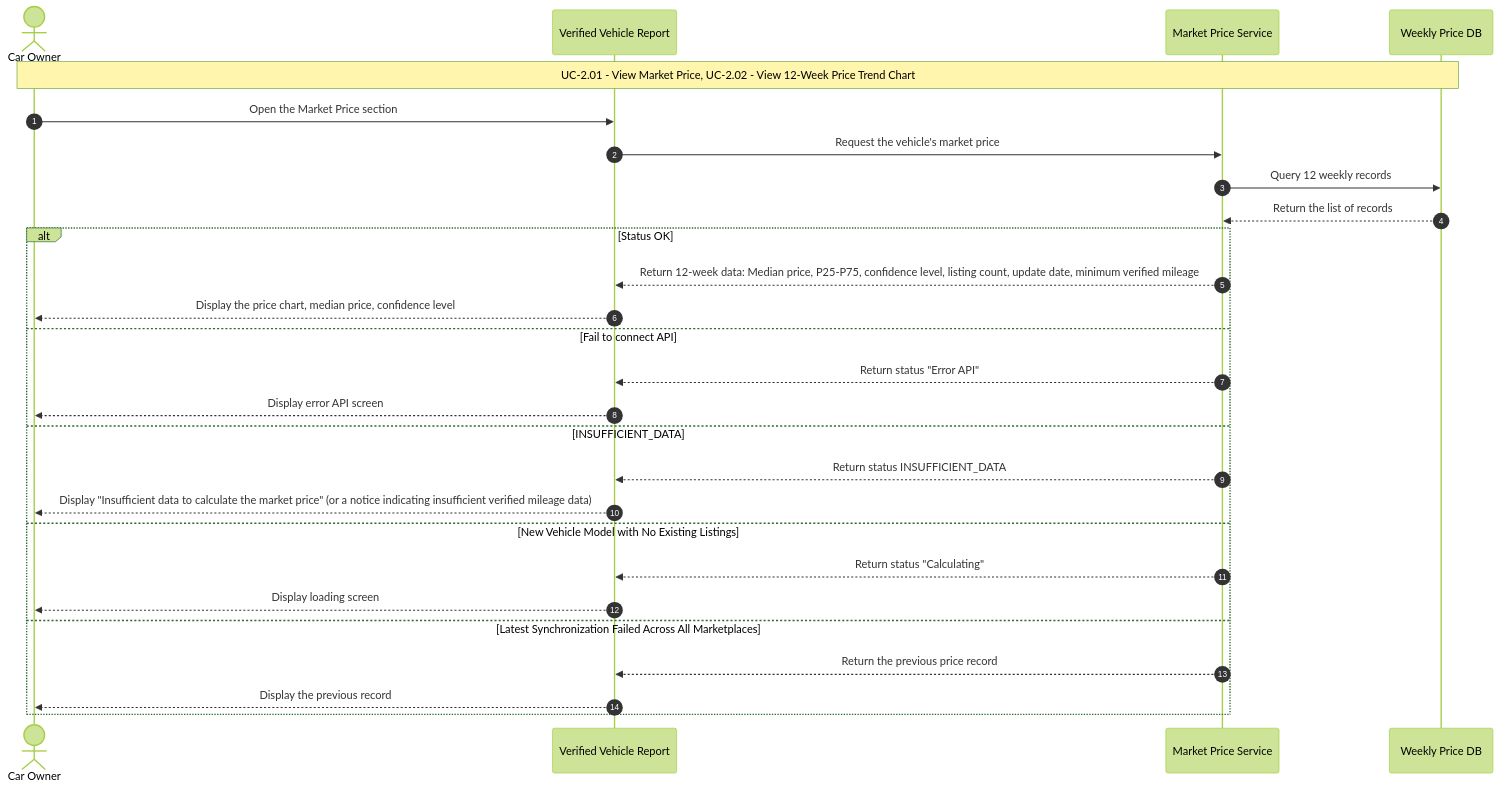
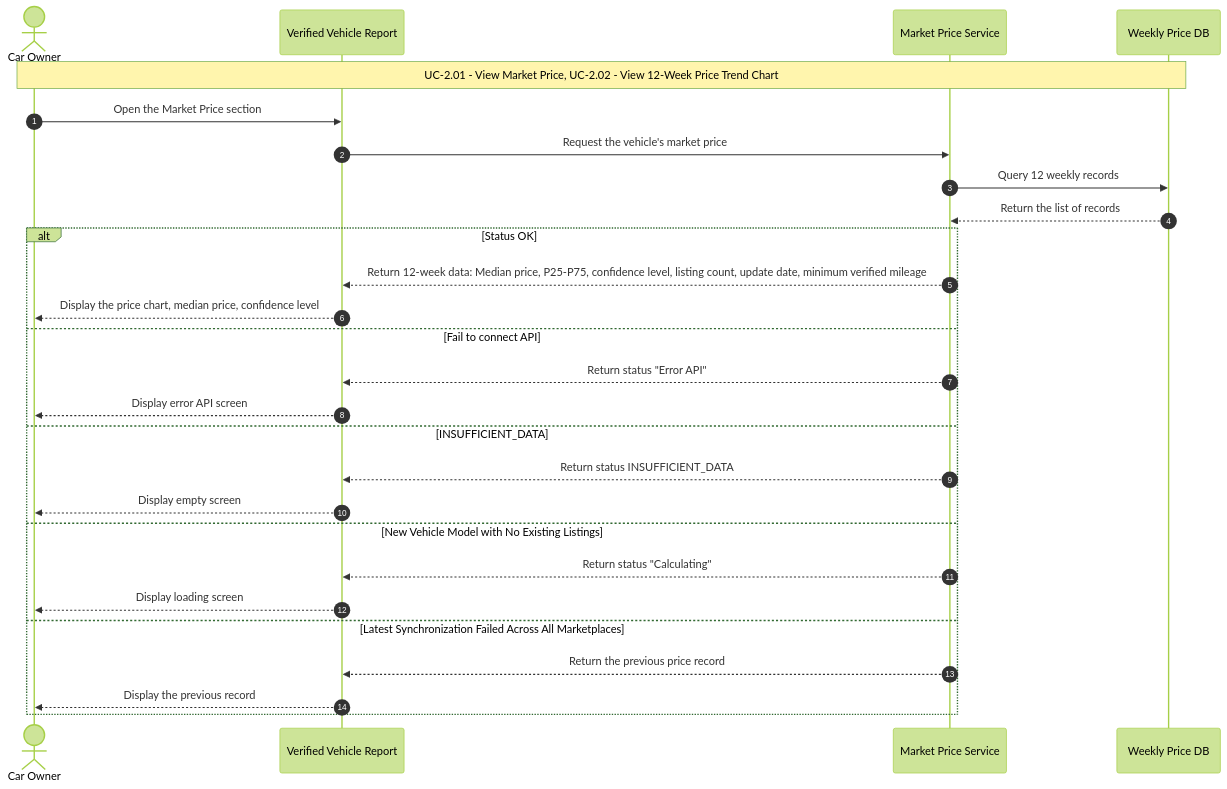
Before and after one commit to giangnhk63db/DBIZ-2_GROUP-A: the diagram in docs/use-case/sequence-diagram/S-05.md, drawn with Mermaid (forest theme).

````diff
--- a/docs/use-case/sequence-diagram/S-05.md
+++ b/docs/use-case/sequence-diagram/S-05.md
@@ -9,32 +9,32 @@
 ```mermaid 
 sequenceDiagram
     autonumber
     actor Owner as Car Owner
     participant App as Verified Vehicle Report
     participant MP as Market Price Service
     participant DB as Weekly Price DB
 
     Note over Owner, DB: UC-2.01 - View Market Price, UC-2.02 - View 12-Week Price Trend Chart
     Owner->>App: Open the Market Price section
     App->>MP: Request the vehicle's market price
     MP->>DB: Query 12 weekly records
     DB-->>MP: Return the list of records
 
     alt Status OK
         MP-->>App: Return 12-week data: Median price, P25-P75, confidence level, listing count, update date, minimum verified mileage
         App-->>Owner: Display the price chart, median price, confidence level
     else Fail to connect API
         MP-->>App: Return status "Error API"
         App-->>Owner: Display error API screen
     else INSUFFICIENT_DATA
         MP-->>App: Return status INSUFFICIENT_DATA
-        App-->>Owner: Display "Insufficient data to calculate the market price" (or a notice indicating insufficient verified mileage data)
+        App-->>Owner: Display empty screen
     else New Vehicle Model with No Existing Listings
         MP-->>App: Return status "Calculating"
         App-->>Owner: Display loading screen
     else Latest Synchronization Failed Across All Marketplaces
         MP-->>App: Return the previous price record
         App-->>Owner: Display the previous record 
     end
     
 ```
````
